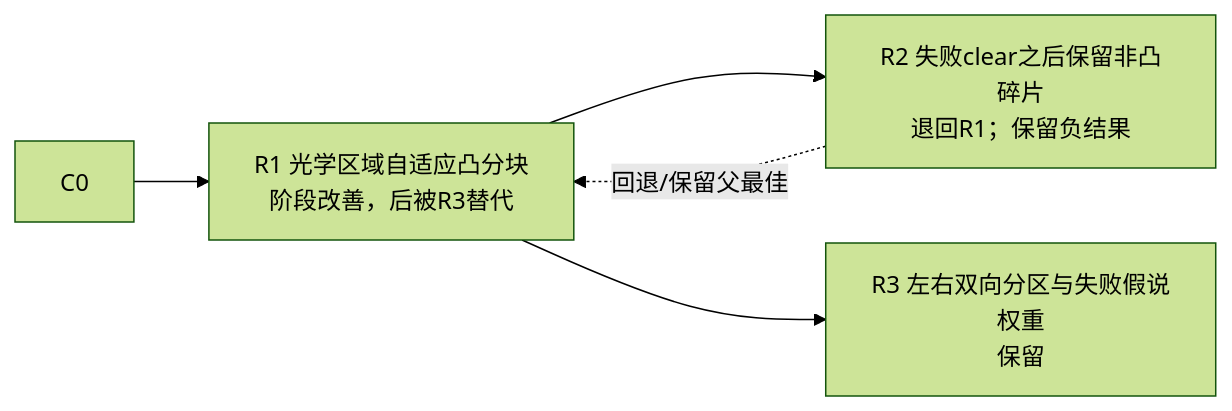
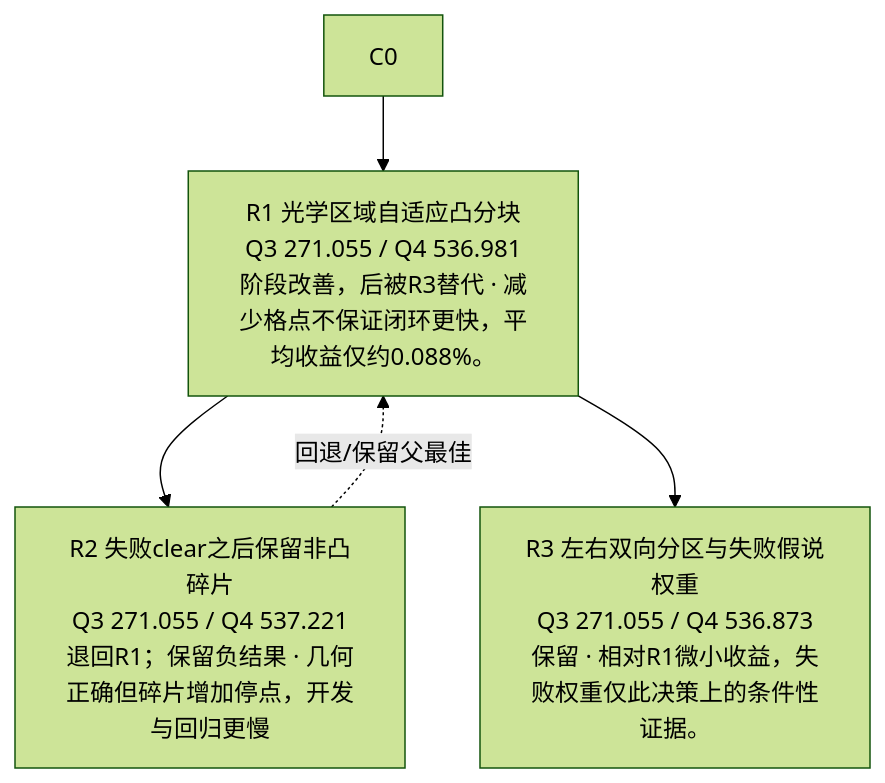
Before and after one commit to xiangguaguadadi-dot/cumcm2026-b: the ninth of 10 diagrams in experiments/R1_atlas/DIRECTION_MAP.md, drawn with Mermaid (forest theme). The commit also changed other lines of this file and 81 other files, not shown here.

````diff
--- a/experiments/R1_atlas/DIRECTION_MAP.md
+++ b/experiments/R1_atlas/DIRECTION_MAP.md
@@ -253,10 +257,10 @@
 ```mermaid
-flowchart LR
-  B2_R1["R1 光学区域自适应凸分块<br/>阶段改善，后被R3替代"]
+flowchart TB
+  B2_R1["R1 光学区域自适应凸分块<br/>Q3 271.055 / Q4 536.981<br/>阶段改善，后被R3替代 · 减少格点不保证闭环更快，平均收益仅约0.088%。"]
   C0 --> B2_R1
-  B2_R2["R2 失败clear之后保留非凸碎片<br/>退回R1；保留负结果"]
+  B2_R2["R2 失败clear之后保留非凸碎片<br/>Q3 271.055 / Q4 537.221<br/>退回R1；保留负结果 · 几何正确但碎片增加停点，开发与回归更慢"]
   B2_R1 --> B2_R2
   B2_R2 -. "回退/保留父最佳" .-> B2_R1
-  B2_R3["R3 左右双向分区与失败假说权重<br/>保留"]
+  B2_R3["R3 左右双向分区与失败假说权重<br/>Q3 271.055 / Q4 536.873<br/>保留 · 相对R1微小收益，失败权重仅此决策上的条件性证据。"]
   B2_R1 --> B2_R3
 ```
````
